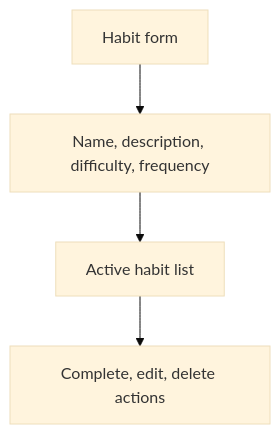
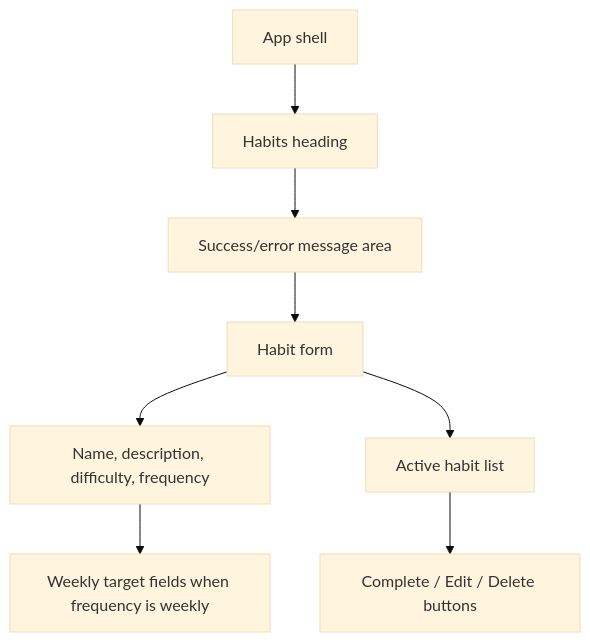
Before and after one commit to Promatheusz/habit-tracker: the third of 5 diagrams in docs/diagrams/gui-wireframes.md, drawn with Mermaid (base theme). The commit also changed other lines of this file and 29 other files, not shown here.

````diff
--- a/docs/diagrams/gui-wireframes.md
+++ b/docs/diagrams/gui-wireframes.md
@@ -37,11 +53,19 @@
 ```mermaid
 flowchart TB
+    shell["App shell"]
+    heading["Habits heading"]
+    message["Success/error message area"]
     form["Habit form"]
     fields["Name, description, difficulty, frequency"]
+    weekly["Weekly target fields when frequency is weekly"]
     list["Active habit list"]
-    actions["Complete, edit, delete actions"]
+    actions["Complete / Edit / Delete buttons"]
 
+    shell --> heading
+    heading --> message
+    message --> form
     form --> fields
-    fields --> list
+    fields --> weekly
+    form --> list
     list --> actions
 ```
````
